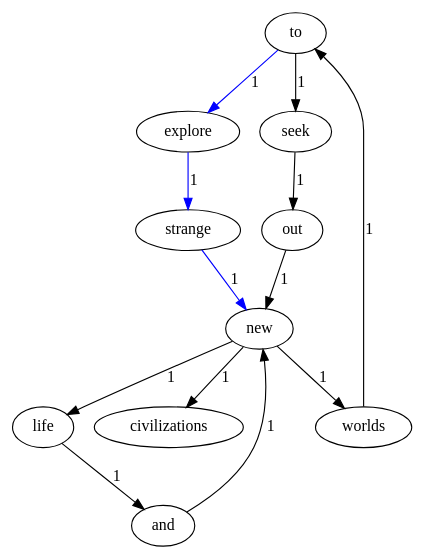
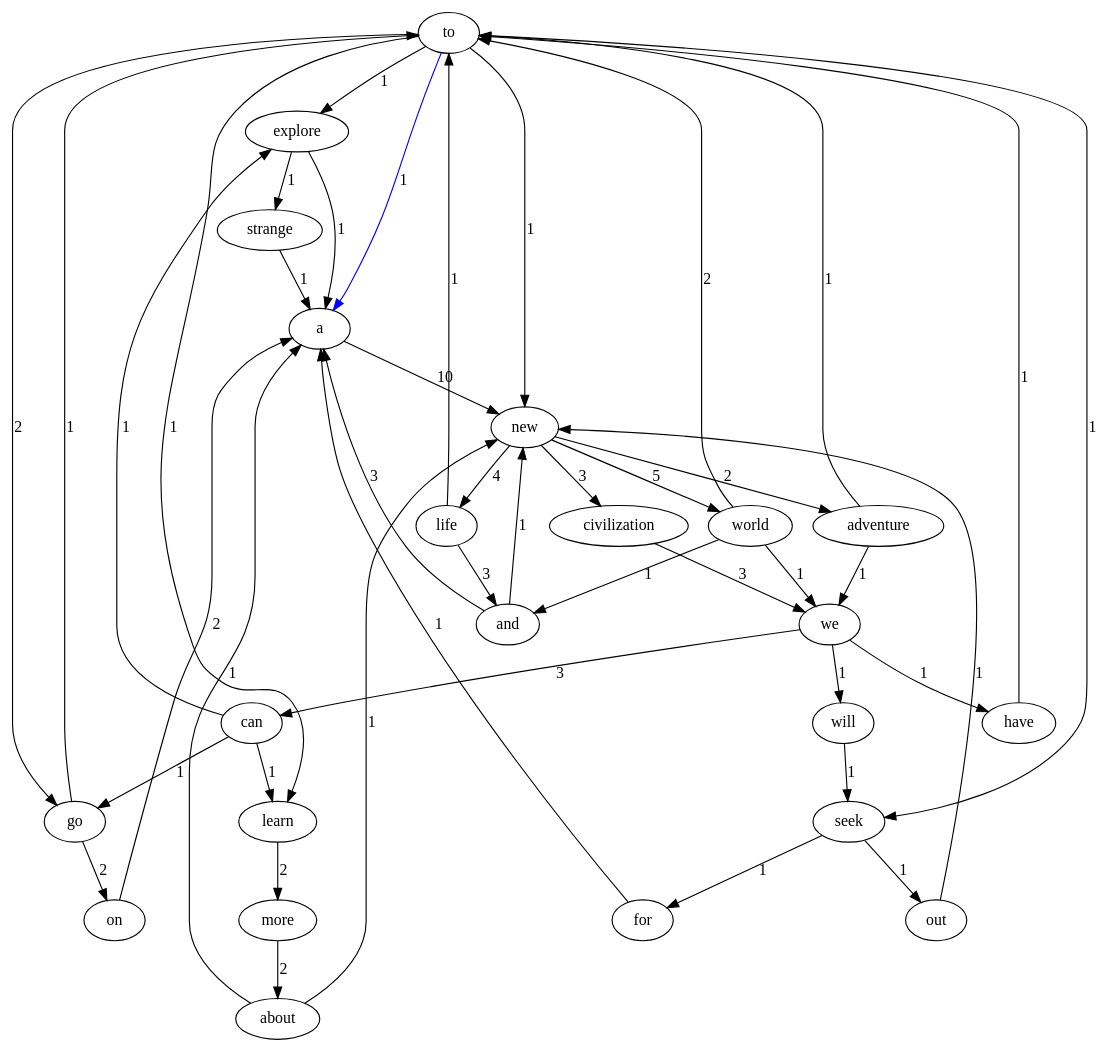
One commit to uprightderran/myGUI4lab1 changed the diagram in src/file/normal/Graph.dot. Above: the diagram before and after it, drawn with Graphviz. The commit also changed 24 other files, not shown here.

```diff
--- a/src/file/normal/Graph.dot
+++ b/src/file/normal/Graph.dot
@@ -1,24 +1,67 @@
 digraph TextGraph {
 to;
 explore;
 strange;
+a;
 new;
-worlds;
+world;
+and;
+life;
+civilization;
+we;
+can;
+go;
+on;
+adventure;
 seek;
 out;
-life;
-and;
-civilizations;
-to -> explore [label = 1, color = blue];
-explore -> strange [label = 1, color = blue];
-strange -> new [label = 1, color = blue];
-new -> worlds [label = 1];
-worlds -> to [label = 1];
-new -> life [label = 1];
-life -> and [label = 1];
+learn;
+more;
+about;
+have;
+will;
+for;
+to -> explore [label = 1];
+explore -> strange [label = 1];
+strange -> a [label = 1];
+a -> new [label = 10];
+new -> world [label = 5];
+world -> and [label = 1];
+and -> a [label = 3];
 and -> new [label = 1];
-new -> civilizations [label = 1];
-to -> seek [label = 1];
+world -> to [label = 2];
+world -> we [label = 1];
+we -> can [label = 3];
+can -> go [label = 1];
+go -> on [label = 2];
+on -> a [label = 2];
+go -> to [label = 1];
+can -> learn [label = 1];
+learn -> more [label = 2];
+more -> about [label = 2];
+about -> a [label = 1];
+about -> new [label = 1];
+can -> explore [label = 1];
+we -> have [label = 1];
+have -> to [label = 1];
+we -> will [label = 1];
+will -> seek [label = 1];
 seek -> out [label = 1];
 out -> new [label = 1];
+seek -> for [label = 1];
+for -> a [label = 1];
+new -> life [label = 4];
+life -> and [label = 3];
+life -> to [label = 1];
+new -> civilization [label = 3];
+civilization -> we [label = 3];
+new -> adventure [label = 2];
+adventure -> to [label = 1];
+adventure -> we [label = 1];
+explore -> a [label = 1];
+to -> seek [label = 1];
+to -> go [label = 2];
+to -> a [label = 1, color = blue];
+to -> learn [label = 1];
+to -> new [label = 1];
 }
```
